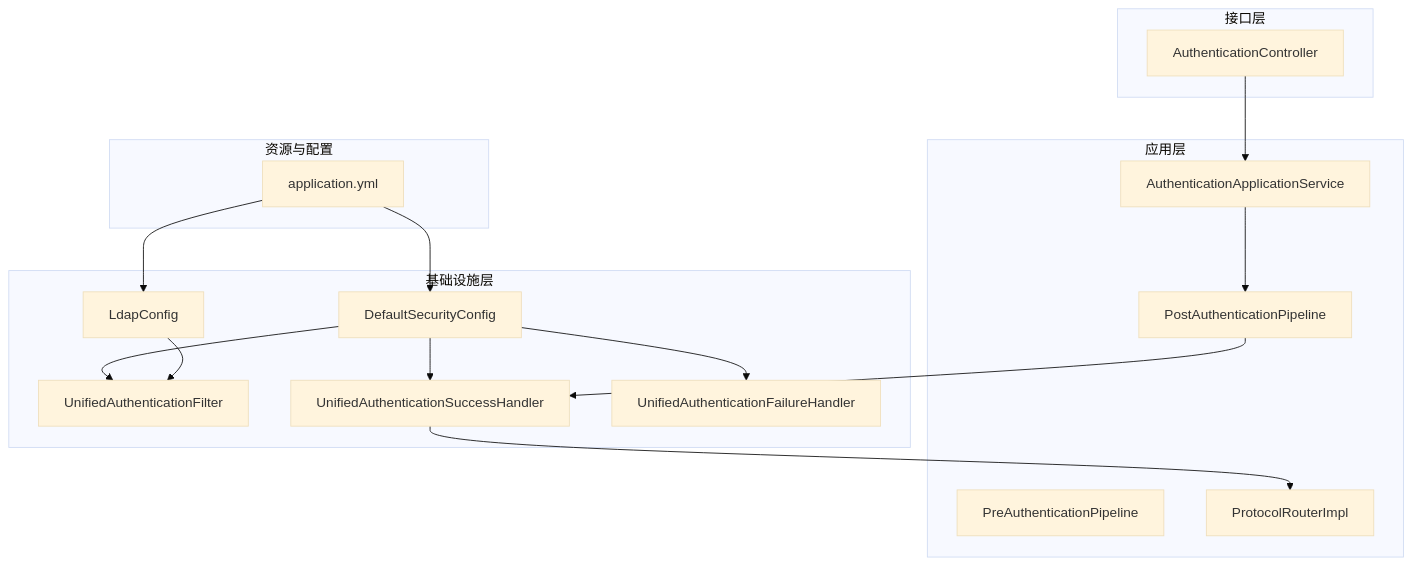
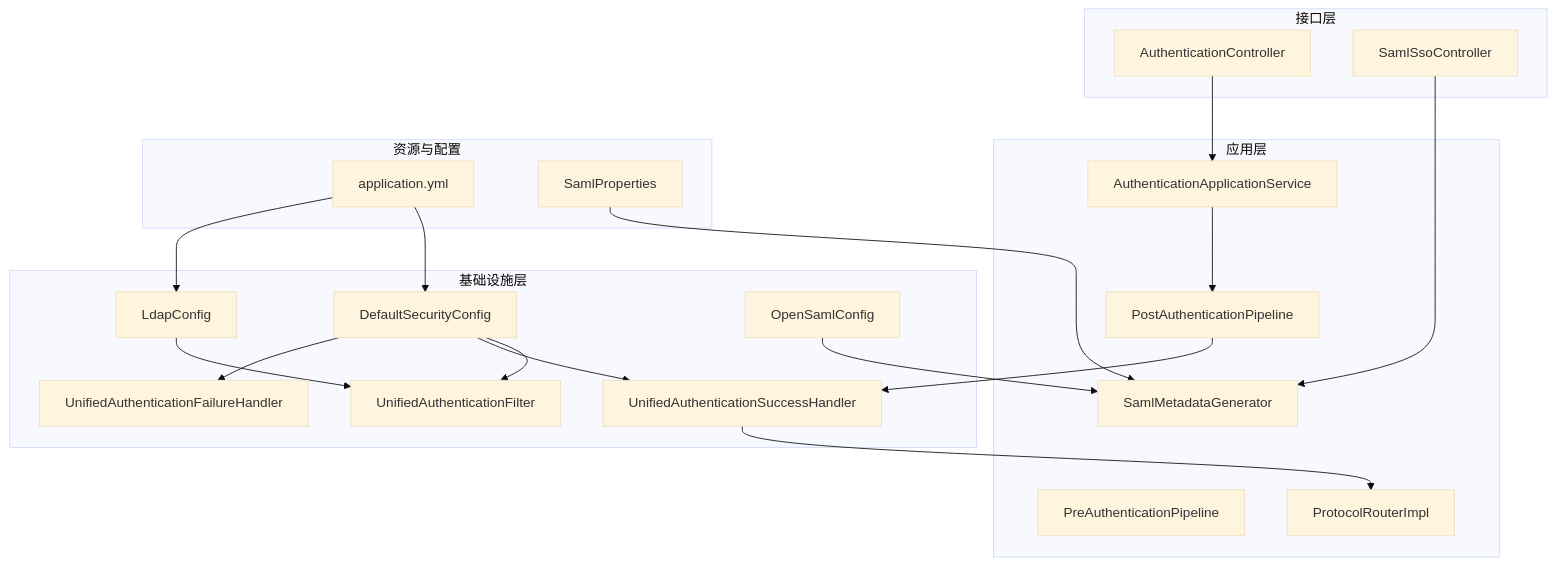
The first of 7 diagrams in .qoder/repowiki/zh/content/核心模块/认证服务器 (iam-auth-server)/认证服务器 (iam-auth-server).md (fq0121104930716/iam-platform), drawn with Mermaid (base theme) before and after one commit. The commit also changed other lines of this file and 6 other files, not shown here.

````diff
--- a/.qoder/repowiki/zh/content/核心模块/认证服务器 (iam-auth-server)/认证服务器 (iam-auth-server).md
+++ b/.qoder/repowiki/zh/content/核心模块/认证服务器 (iam-auth-server)/认证服务器 (iam-auth-server).md
@@ -45,32 +55,39 @@
 ```mermaid
 graph TB
 subgraph "应用层"
 A1["AuthenticationApplicationService"]
 A2["PreAuthenticationPipeline"]
 A3["PostAuthenticationPipeline"]
 A4["ProtocolRouterImpl"]
+A5["SamlMetadataGenerator"]
 end
 subgraph "基础设施层"
 I1["DefaultSecurityConfig"]
 I2["LdapConfig"]
 I3["UnifiedAuthenticationFilter"]
 I4["UnifiedAuthenticationSuccessHandler"]
 I5["UnifiedAuthenticationFailureHandler"]
+I6["OpenSamlConfig"]
 end
 subgraph "接口层"
 R1["AuthenticationController"]
+R2["SamlSsoController"]
 end
 subgraph "资源与配置"
 C1["application.yml"]
+C2["SamlProperties"]
 end
 R1 --> A1
+R2 --> A5
 A1 --> A3
 A3 --> I4
 I4 --> A4
 I1 --> I3
 I1 --> I4
 I1 --> I5
 I2 --> I3
+I6 --> A5
 C1 --> I1
 C1 --> I2
+C2 --> A5
 ```
````
